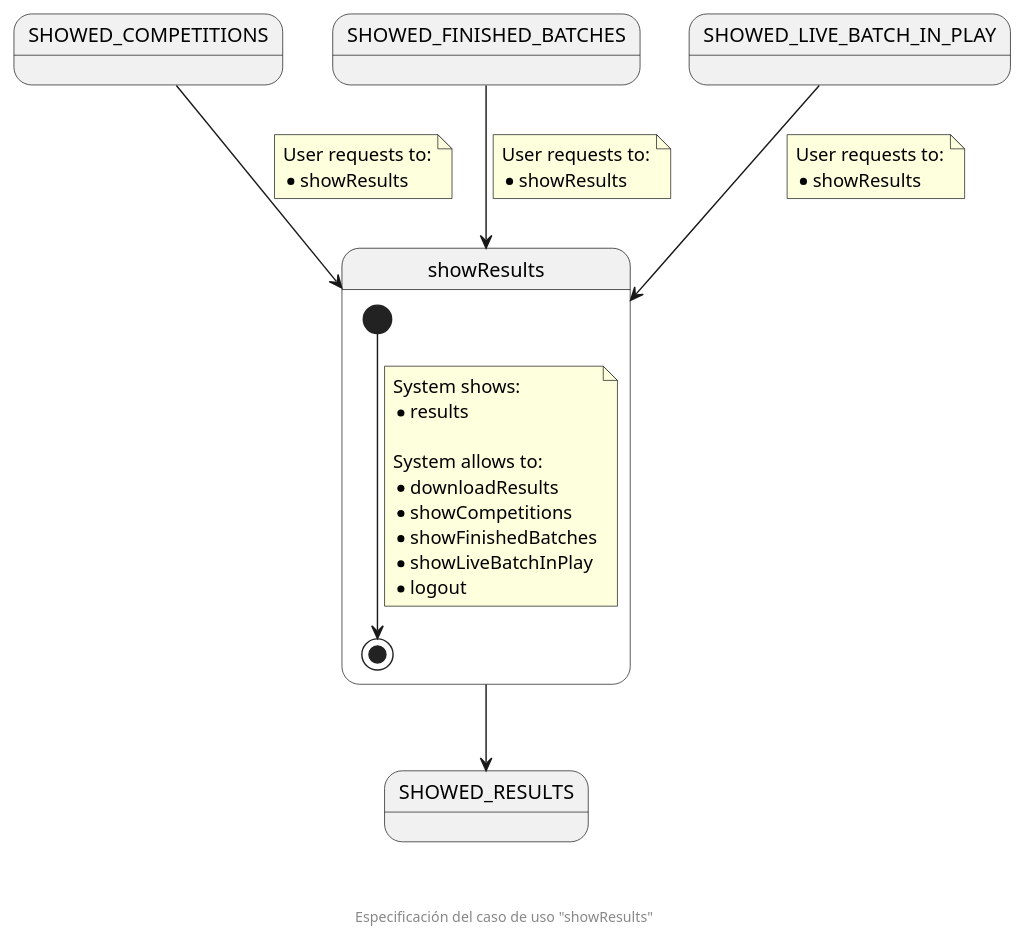
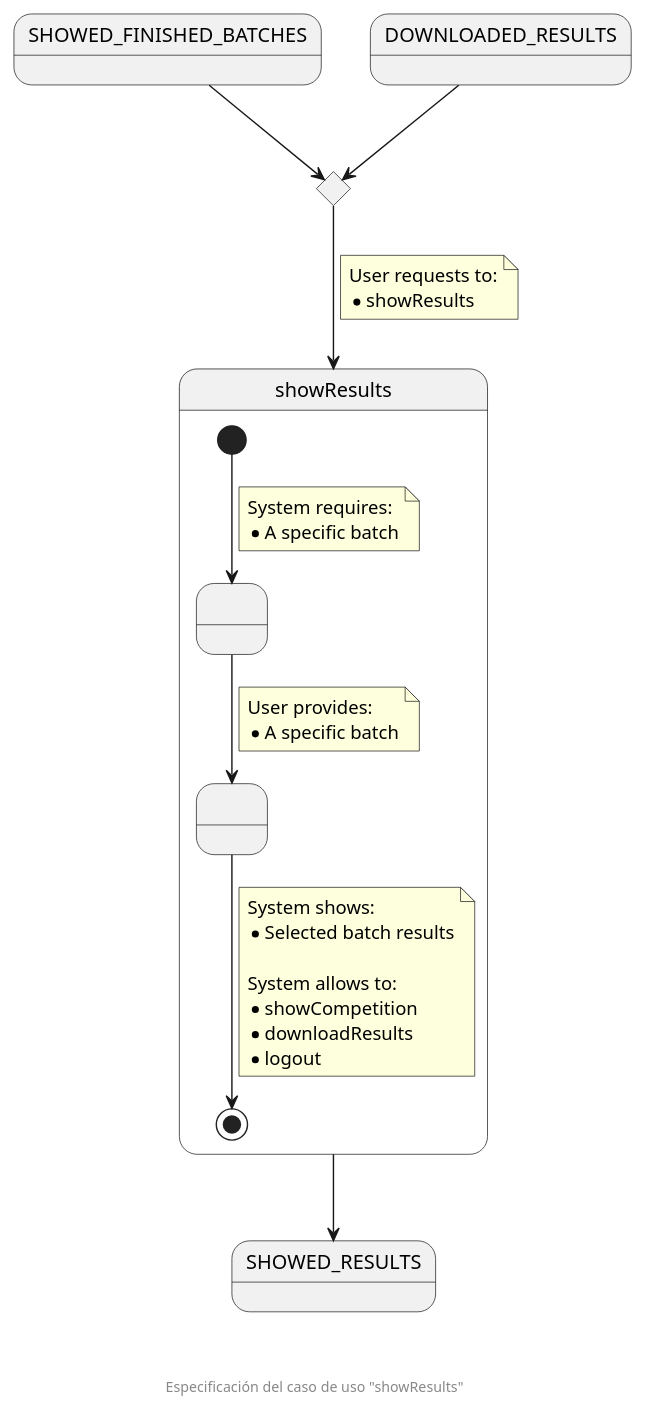
One commit to zuldare/mastercloud_pfm_halterocms changed the diagram in diagrams/useCasesSpecification/showResults.puml. Above: the diagram before and after it, drawn with PlantUML.

```diff
--- a/diagrams/useCasesSpecification/showResults.puml
+++ b/diagrams/useCasesSpecification/showResults.puml
@@ -1,40 +1,42 @@
 @startuml
-state SHOWED_COMPETITIONS
 state SHOWED_FINISHED_BATCHES
-state SHOWED_LIVE_BATCH_IN_PLAY
-state SHOWED_RESULTS
+state DOWNLOADED_RESULTS
+state enterResultsCHC <<choice>>
+
 state showResults {
-  [*] --> [*]
+  state " " as pendingBatch
+  state " " as providedBatch
+  [*] --> pendingBatch
+  note on link
+    System requires:
+    * A specific batch
+  end note
+  pendingBatch --> providedBatch
+  note on link
+    User provides:
+    * A specific batch
+  end note
+  providedBatch --> [*]
   note on link
     System shows:
-    * results
-
+    * Selected batch results
+    
     System allows to:
+    * showCompetition
     * downloadResults
-    * showCompetitions
-    * showFinishedBatches
-    * showLiveBatchInPlay
     * logout
   end note
 }
-state SHOWED_COMPETITIONS
+state SHOWED_RESULTS
 
-SHOWED_COMPETITIONS --> showResults
-note on link
-  User requests to:
-  * showResults
-end note
-SHOWED_FINISHED_BATCHES --> showResults
-note on link
-  User requests to:
-  * showResults
-end note
-SHOWED_LIVE_BATCH_IN_PLAY --> showResults
+SHOWED_FINISHED_BATCHES --> enterResultsCHC
+DOWNLOADED_RESULTS --> enterResultsCHC
+enterResultsCHC --> showResults
 note on link
   User requests to:
   * showResults
 end note
 showResults --> SHOWED_RESULTS
 
 footer \n\n\n Especificación del caso de uso "showResults"
 @enduml
```
